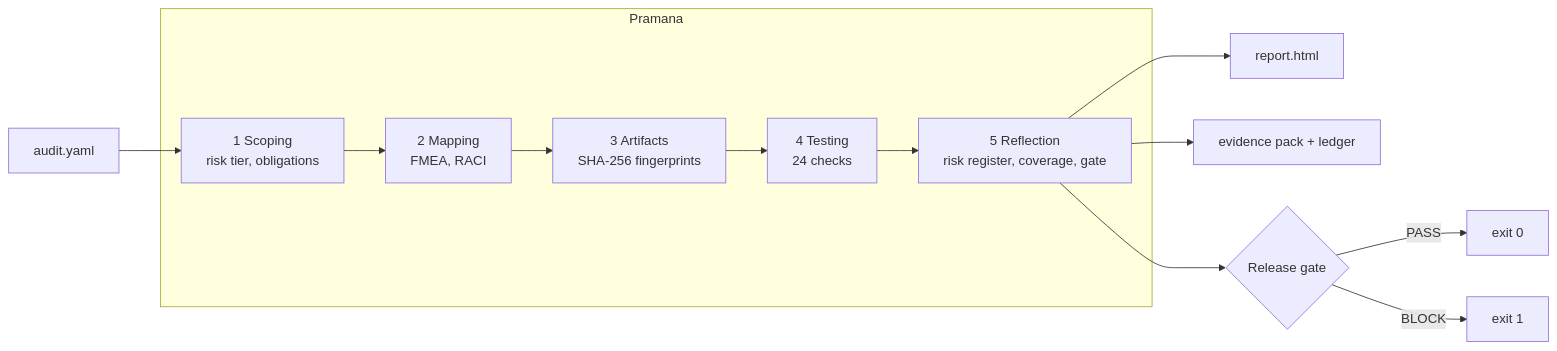
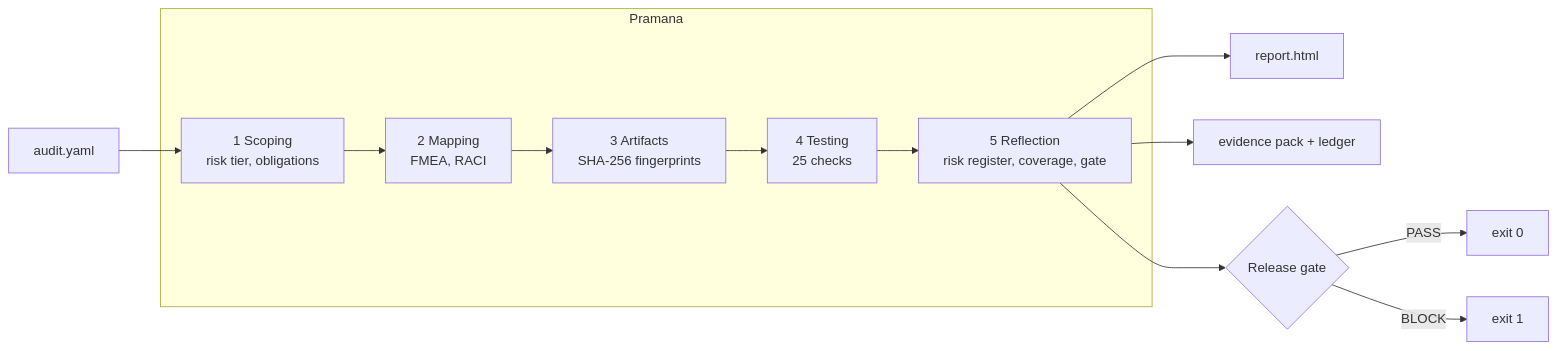
The diagram in README.md (Tejascodz/pramana), drawn with Mermaid before and after one commit. The commit also changed other lines of this file and 17 other files, not shown here.

````diff
--- a/README.md
+++ b/README.md
@@ -36,15 +36,15 @@
 ```mermaid
 flowchart LR
     S[audit.yaml] --> A
     subgraph Pramana
     A[1 Scoping<br/>risk tier, obligations] --> B[2 Mapping<br/>FMEA, RACI]
     B --> C[3 Artifacts<br/>SHA-256 fingerprints]
-    C --> D[4 Testing<br/>24 checks]
+    C --> D[4 Testing<br/>25 checks]
     D --> E[5 Reflection<br/>risk register, coverage, gate]
     end
     E --> R[report.html]
     E --> P[evidence pack + ledger]
     E --> G{Release gate}
     G -->|PASS| OK[exit 0]
     G -->|BLOCK| NO[exit 1]
 ```
````
